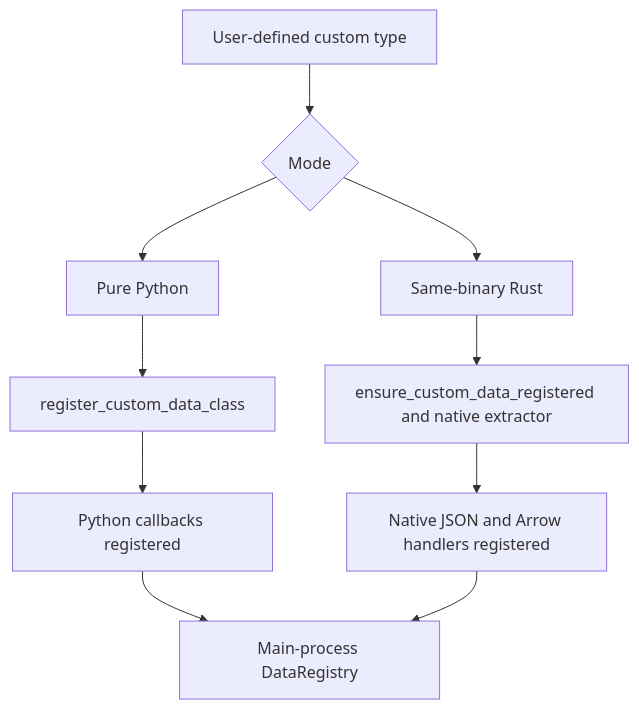
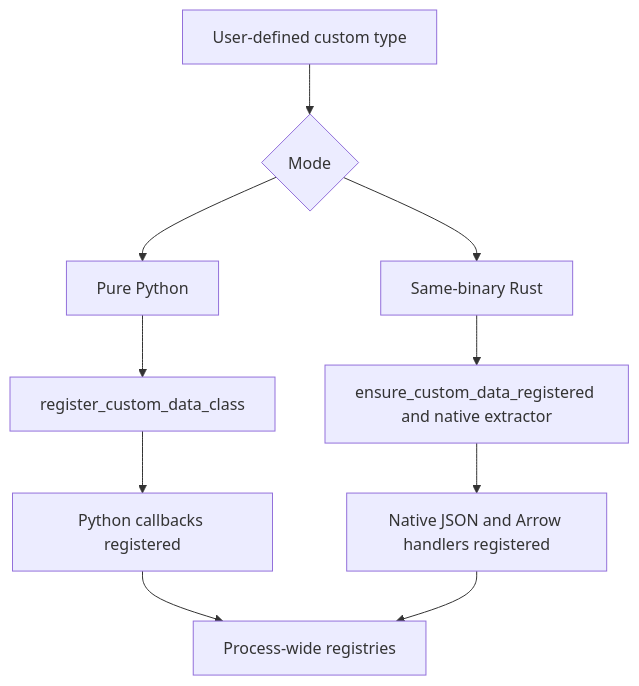
The second of 3 diagrams in docs/concepts/custom_data.md (nautechsystems/nautilus_trader), drawn with Mermaid before and after one commit. The commit also changed other lines of this file, not shown here.

First line of the commit message:
Refine custom data concept guide

````diff
--- a/docs/concepts/custom_data.md
+++ b/docs/concepts/custom_data.md
@@ -161,15 +162,15 @@
 ```mermaid
 flowchart TD
     A[User-defined custom type] --> B{Mode}
     B --> C[Pure Python]
     B --> D[Same-binary Rust]
 
     C --> F[register_custom_data_class]
     D --> G[ensure_custom_data_registered and native extractor]
 
     F --> I[Python callbacks registered]
     G --> J[Native JSON and Arrow handlers registered]
 
-    I --> L[Main-process DataRegistry]
+    I --> L[Process-wide registries]
     J --> L
 ```
````
